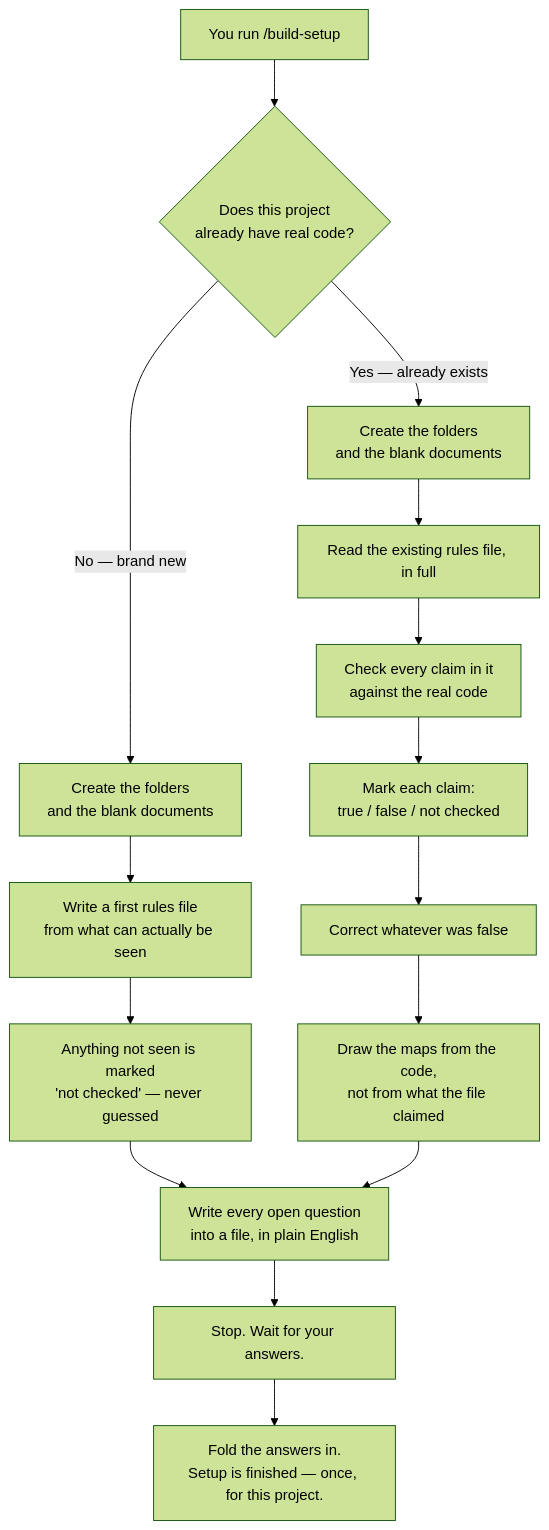
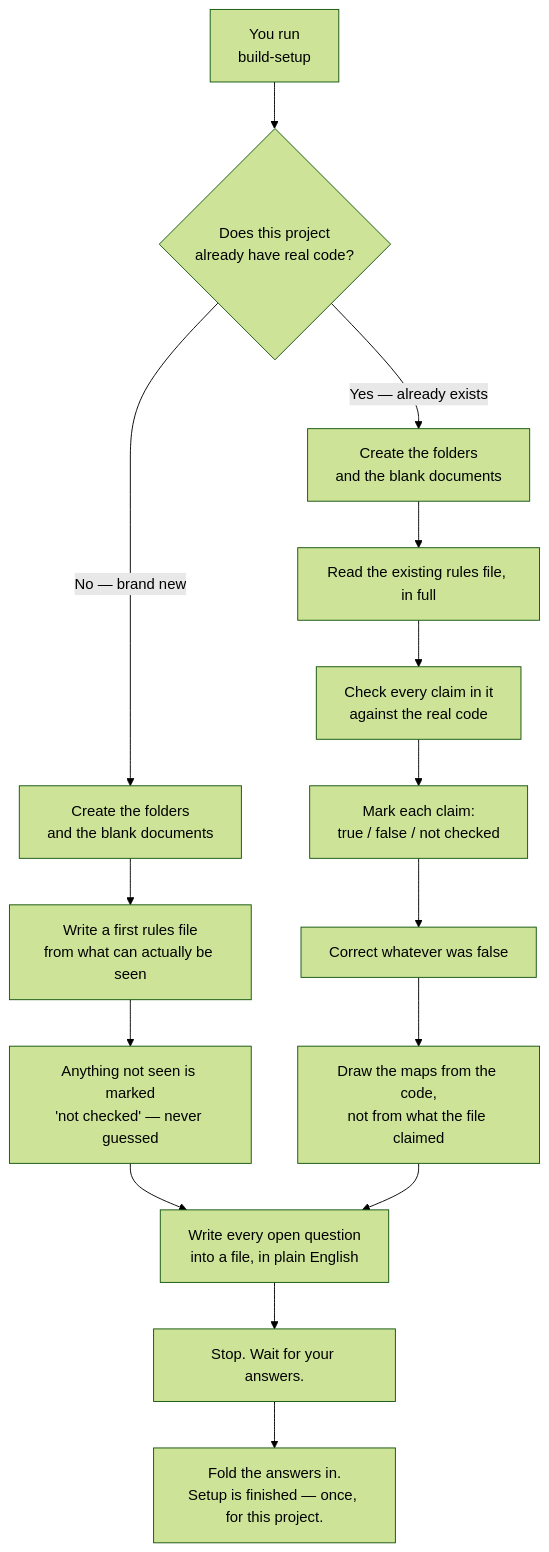
One commit to riddhimjainsandeep-eng/Build-task changed the diagram in docs/flowcharts/02-first-time-in-a-project.md. Above: the diagram before and after it, drawn with Mermaid (forest theme). The commit also changed 12 other files, not shown here.

````diff
--- a/docs/flowcharts/02-first-time-in-a-project.md
+++ b/docs/flowcharts/02-first-time-in-a-project.md
@@ -5,22 +5,22 @@
 ```mermaid
 flowchart TD
-    S["You run /build-setup"] --> Q{"Does this project<br/>already have real code?"}
+    S["You run<br/>build-setup"] --> Q{"Does this project<br/>already have real code?"}
 
     Q -->|"No — brand new"| N1["Create the folders<br/>and the blank documents"]
     Q -->|"Yes — already exists"| O1["Create the folders<br/>and the blank documents"]
 
     N1 --> N2["Write a first rules file<br/>from what can actually be seen"]
     N2 --> N3["Anything not seen is marked<br/>'not checked' — never guessed"]
 
     O1 --> O2["Read the existing rules file, in full"]
     O2 --> O3["Check every claim in it<br/>against the real code"]
     O3 --> O4["Mark each claim:<br/>true / false / not checked"]
     O4 --> O5["Correct whatever was false"]
     O5 --> O6["Draw the maps from the code,<br/>not from what the file claimed"]
 
     N3 --> W["Write every open question<br/>into a file, in plain English"]
     O6 --> W
 
     W --> STOP["Stop. Wait for your answers."]
     STOP --> D["Fold the answers in.<br/>Setup is finished — once, for this project."]
 ```
````
